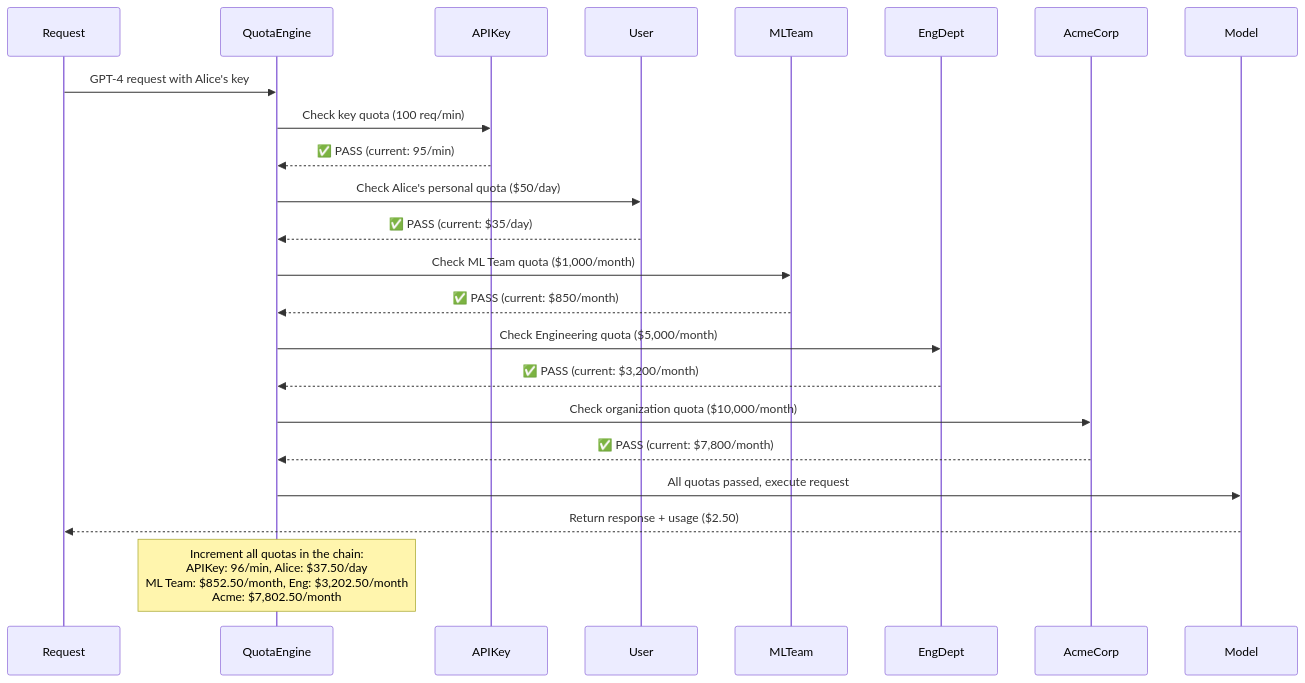
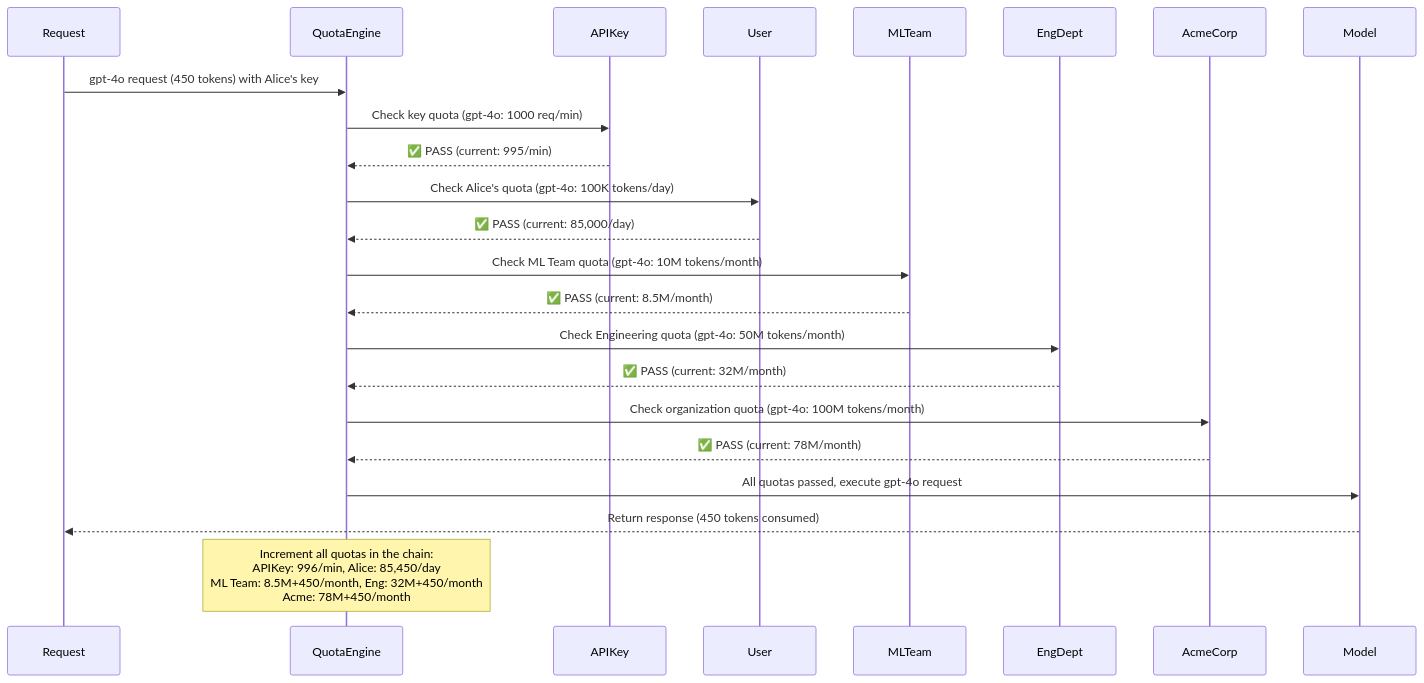
Before and after one commit to noyitz/maas-billing: the second of 5 diagrams in docs/proposals/maas-entity-architecture.md, drawn with Mermaid. The commit also changed other lines of this file, not shown here.

First line of the commit message:
refactor: update MaaS Entity Architecture to a token-based hierarchical model

````diff
--- a/docs/proposals/maas-entity-architecture.md
+++ b/docs/proposals/maas-entity-architecture.md
@@ -520,33 +528,33 @@
 ```mermaid
 sequenceDiagram
     participant Request
     participant QuotaEngine
     participant APIKey
     participant User
     participant MLTeam
     participant EngDept 
     participant AcmeCorp
     participant Model
     
-    Request->>QuotaEngine: GPT-4 request with Alice's key
+    Request->>QuotaEngine: gpt-4o request (450 tokens) with Alice's key
     
-    QuotaEngine->>APIKey: Check key quota (100 req/min)
-    APIKey-->>QuotaEngine: ✅ PASS (current: 95/min)
+    QuotaEngine->>APIKey: Check key quota (gpt-4o: 1000 req/min)
+    APIKey-->>QuotaEngine: ✅ PASS (current: 995/min)
     
-    QuotaEngine->>User: Check Alice's personal quota ($50/day)
-    User-->>QuotaEngine: ✅ PASS (current: $35/day)
+    QuotaEngine->>User: Check Alice's quota (gpt-4o: 100K tokens/day)
+    User-->>QuotaEngine: ✅ PASS (current: 85,000/day)
     
-    QuotaEngine->>MLTeam: Check ML Team quota ($1,000/month)
-    MLTeam-->>QuotaEngine: ✅ PASS (current: $850/month)
+    QuotaEngine->>MLTeam: Check ML Team quota (gpt-4o: 10M tokens/month)
+    MLTeam-->>QuotaEngine: ✅ PASS (current: 8.5M/month)
     
-    QuotaEngine->>EngDept: Check Engineering quota ($5,000/month)  
-    EngDept-->>QuotaEngine: ✅ PASS (current: $3,200/month)
+    QuotaEngine->>EngDept: Check Engineering quota (gpt-4o: 50M tokens/month)
+    EngDept-->>QuotaEngine: ✅ PASS (current: 32M/month)
     
-    QuotaEngine->>AcmeCorp: Check organization quota ($10,000/month)
-    AcmeCorp-->>QuotaEngine: ✅ PASS (current: $7,800/month)
+    QuotaEngine->>AcmeCorp: Check organization quota (gpt-4o: 100M tokens/month)
+    AcmeCorp-->>QuotaEngine: ✅ PASS (current: 78M/month)
     
-    QuotaEngine->>Model: All quotas passed, execute request
-    Model-->>Request: Return response + usage ($2.50)
+    QuotaEngine->>Model: All quotas passed, execute gpt-4o request
+    Model-->>Request: Return response (450 tokens consumed)
     
-    Note over QuotaEngine: Increment all quotas in the chain:<br/>APIKey: 96/min, Alice: $37.50/day<br/>ML Team: $852.50/month, Eng: $3,202.50/month<br/>Acme: $7,802.50/month
+    Note over QuotaEngine: Increment all quotas in the chain:<br/>APIKey: 996/min, Alice: 85,450/day<br/>ML Team: 8.5M+450/month, Eng: 32M+450/month<br/>Acme: 78M+450/month
 ```
````
